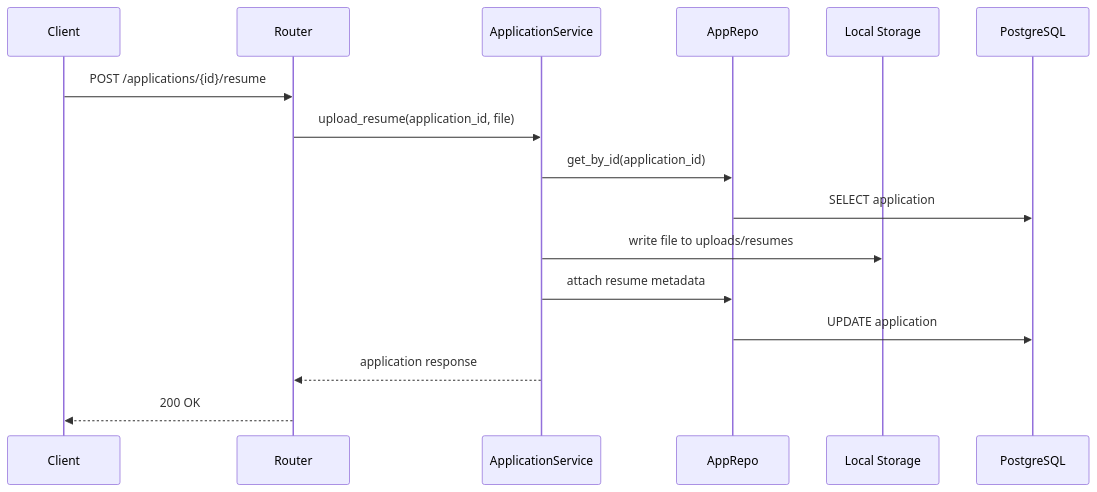
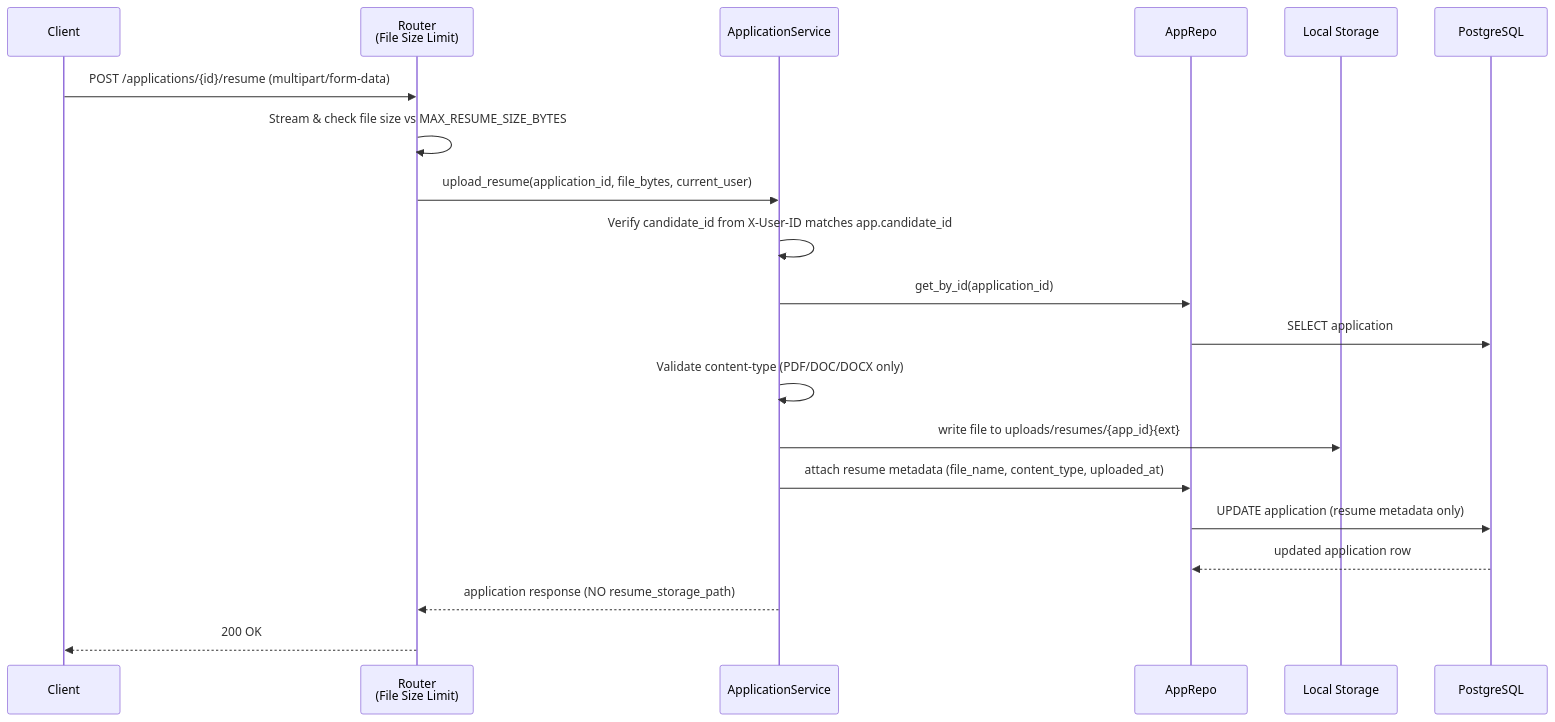
The fourth of 4 diagrams in docs/SERVICES.md (afnan-emumba/smart-hire), drawn with Mermaid before and after one commit. The commit also changed other lines of this file and 24 other files, not shown here.

````diff
--- a/docs/SERVICES.md
+++ b/docs/SERVICES.md
@@ -102,19 +116,23 @@
 ```mermaid
 sequenceDiagram
     participant Client
-    participant Router
+    participant Router as Router<br/>(File Size Limit)
     participant Service as ApplicationService
     participant AppRepo
     participant Disk as Local Storage
     participant DB as PostgreSQL
 
-    Client->>Router: POST /applications/{id}/resume
-    Router->>Service: upload_resume(application_id, file)
+    Client->>Router: POST /applications/{id}/resume (multipart/form-data)
+    Router->>Router: Stream & check file size vs MAX_RESUME_SIZE_BYTES
+    Router->>Service: upload_resume(application_id, file_bytes, current_user)
+    Service->>Service: Verify candidate_id from X-User-ID matches app.candidate_id
     Service->>AppRepo: get_by_id(application_id)
     AppRepo->>DB: SELECT application
-    Service->>Disk: write file to uploads/resumes
-    Service->>AppRepo: attach resume metadata
-    AppRepo->>DB: UPDATE application
-    Service-->>Router: application response
+    Service->>Service: Validate content-type (PDF/DOC/DOCX only)
+    Service->>Disk: write file to uploads/resumes/{app_id}{ext}
+    Service->>AppRepo: attach resume metadata (file_name, content_type, uploaded_at)
+    AppRepo->>DB: UPDATE application (resume metadata only)
+    DB-->>AppRepo: updated application row
+    Service-->>Router: application response (NO resume_storage_path)
     Router-->>Client: 200 OK
 ```
````
